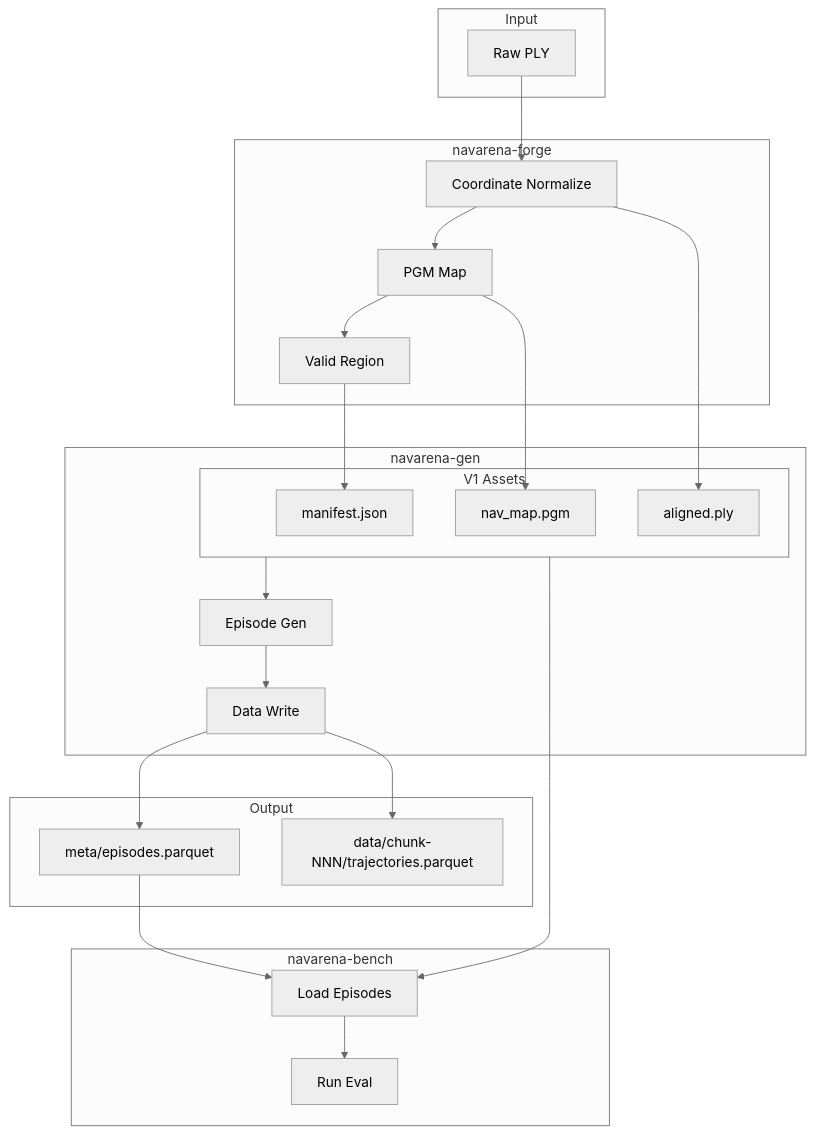
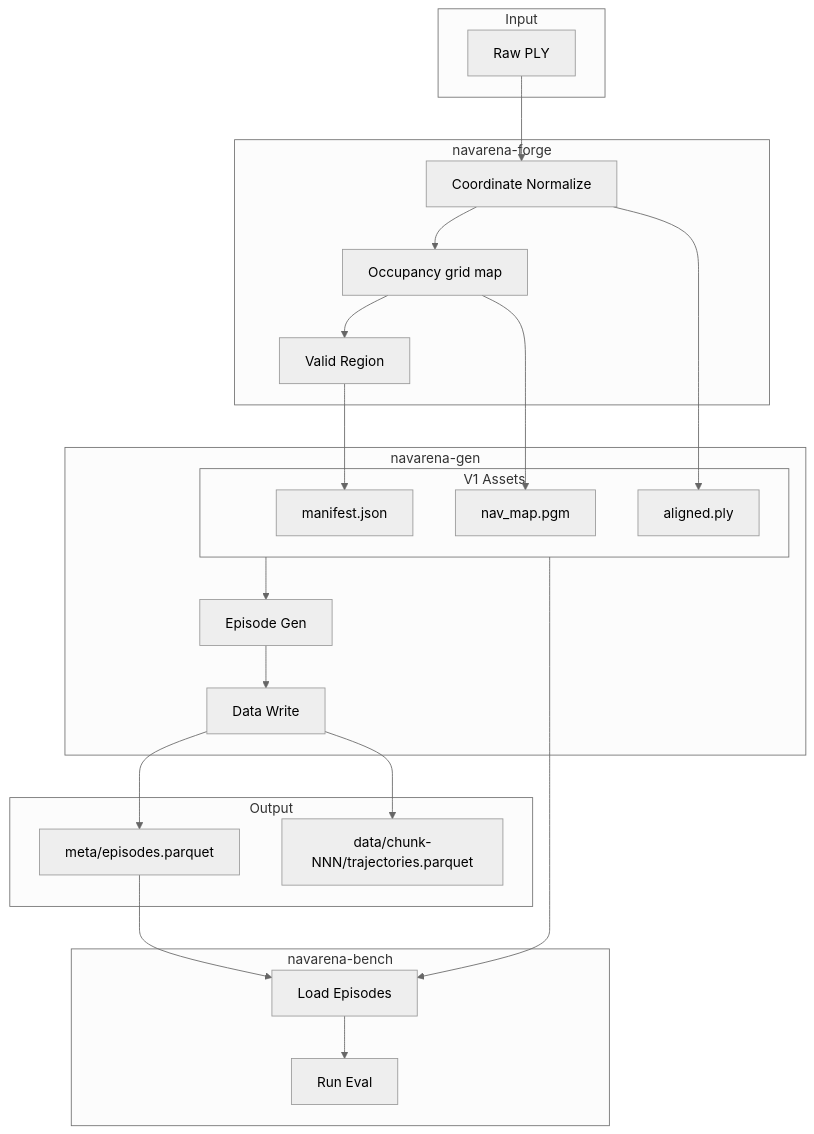
Before and after one commit to EI-Nav/NavArena-Doc: the third of 3 diagrams in docs/en/definitions/concepts.md, drawn with Mermaid (neutral theme). The commit also changed 15 other files, not shown here.

````diff
--- a/docs/en/definitions/concepts.md
+++ b/docs/en/definitions/concepts.md
@@ -131,43 +131,43 @@
 ```mermaid
 flowchart TB
     subgraph Input [Input]
         PLY[Raw PLY]
     end
     
     subgraph Forge [navarena-forge]
         FN[Coordinate Normalize]
-        FM[PGM Map]
+        FM[Occupancy grid map]
         FV[Valid Region]
         PLY --> FN --> FM --> FV
     end
     
     subgraph Assets [V1 Assets]
         M[manifest.json]
         P[aligned.ply]
         G[nav_map.pgm]
         FV --> M
         FN --> P
         FM --> G
     end
     
     subgraph Gen [navarena-gen]
         GE[Episode Gen]
         GW[Data Write]
         Assets --> GE --> GW
     end
     
     subgraph Output [Output]
         EP[meta/episodes.parquet]
         GT[data/chunk-NNN/trajectories.parquet]
         GW --> EP
         GW --> GT
     end
     
     subgraph Bench [navarena-bench]
         BL[Load Episodes]
         BE[Run Eval]
         EP --> BL
         Assets --> BL
         BL --> BE
     end
 ```
````
